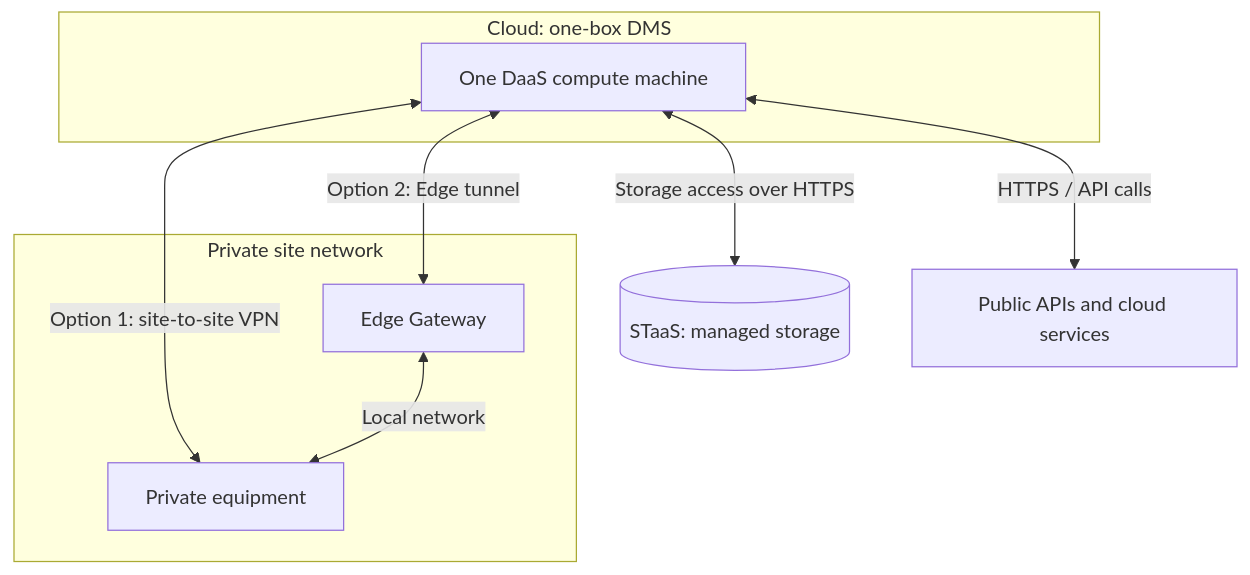
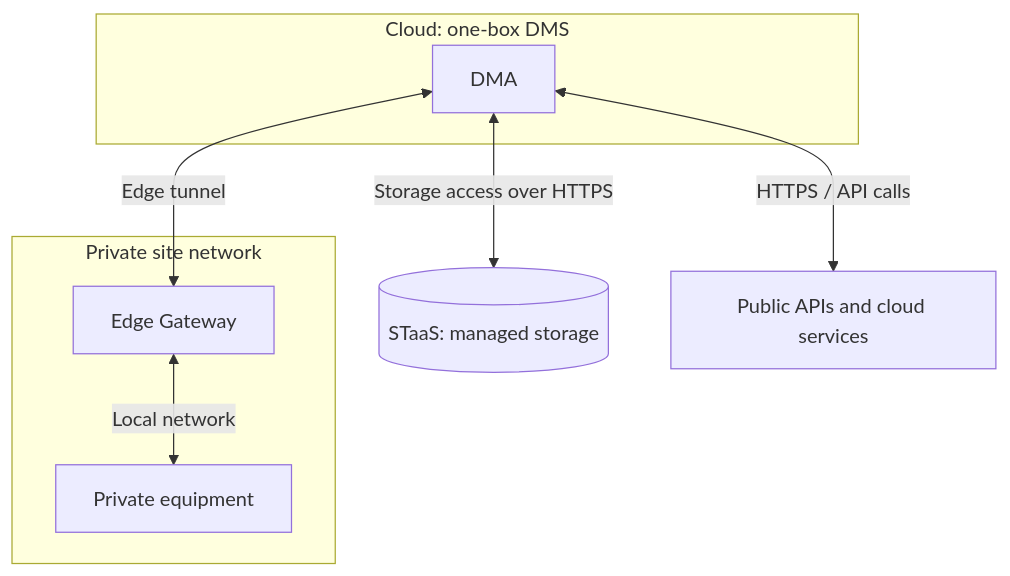
The first of 3 diagrams in dataminer/About_DataMiner/System_architectures/Topologies/Architecture_single_agent.md (SkylineCommunications/dataminer-docs), drawn with Mermaid before and after one commit. The commit also changed other lines of this file and 6 other files, not shown here.

First line of the commit message:
Simplify DataMiner topology diagrams

````diff
--- a/dataminer/About_DataMiner/System_architectures/Topologies/Architecture_single_agent.md
+++ b/dataminer/About_DataMiner/System_architectures/Topologies/Architecture_single_agent.md
@@ -33,17 +33,16 @@
 ```mermaid
 flowchart TB
     subgraph Cloud["Cloud: one-box DMS"]
-        D["One DaaS compute machine"]
+        D["DMA"]
     end
     S[("STaaS: managed storage")]
     P["Public APIs and cloud services"]
     subgraph Site["Private site network"]
         G["Edge Gateway"]
         E["Private equipment"]
     end
     D <-->|"Storage access over HTTPS"| S
     D <-->|"HTTPS / API calls"| P
-    D <-->|"Option 1: site-to-site VPN"| E
-    D <-->|"Option 2: Edge tunnel"| G
+    D <-->|"Edge tunnel"| G
     G <-->|"Local network"| E
 ```
````
